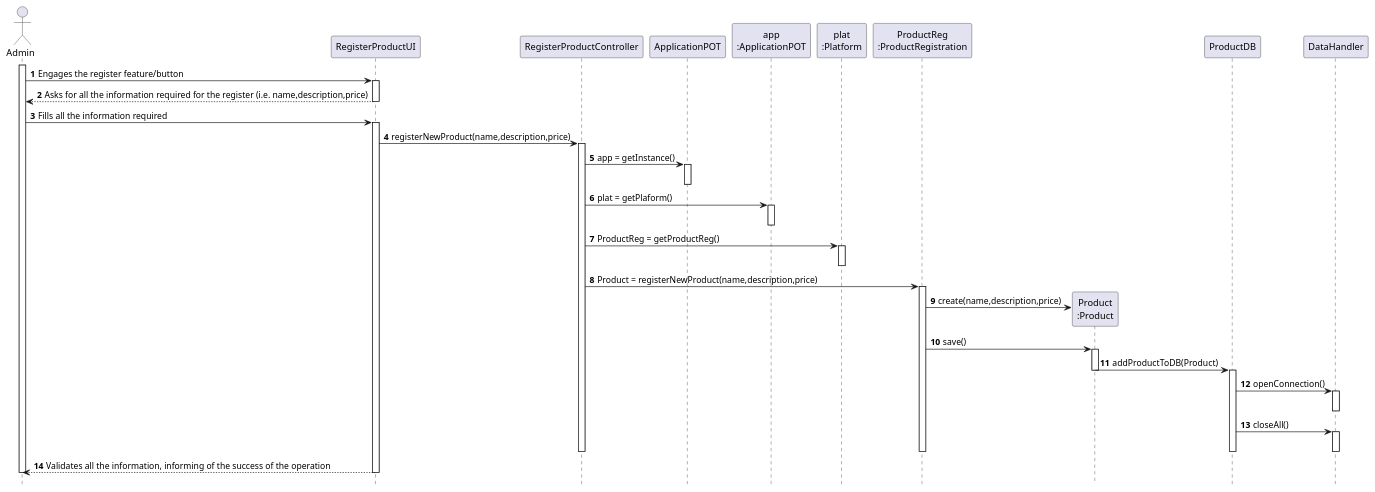
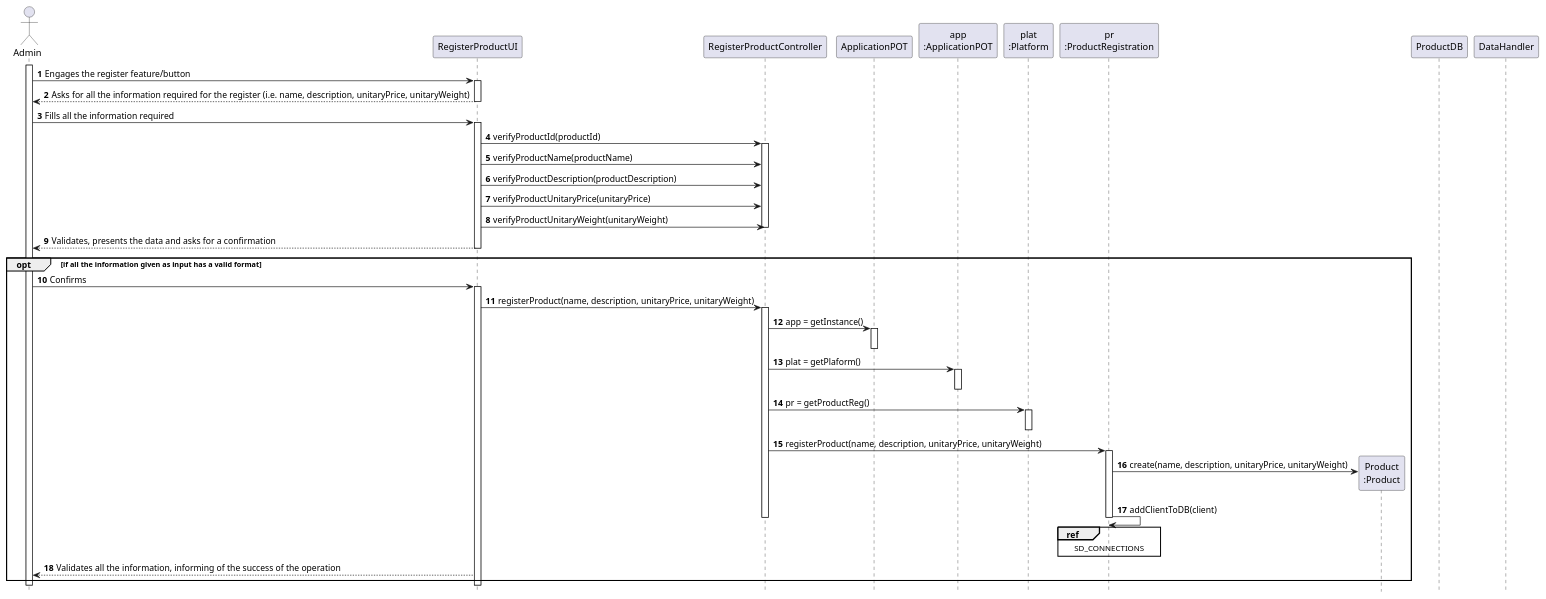
One commit to tiagoavcosta25/LAPR3 changed the diagram in docs/Iteration 1/Product Management/US70_RegisterProduct/US70_SD.puml. Above: the diagram before and after it, drawn with PlantUML. The commit also changed 8 other files, not shown here.

Commit message:
LAPR2AP2-70 #close Product Registration [Code]

```diff
--- a/docs/Iteration 1/Product Management/US70_RegisterProduct/US70_SD.puml
+++ b/docs/Iteration 1/Product Management/US70_RegisterProduct/US70_SD.puml
@@ -1,75 +1,84 @@
 @startuml
 autonumber
 hide footbox
 
 actor "Admin" as U
 
 participant "RegisterProductUI" as UI
 participant "RegisterProductController" as CTRL
 participant "ApplicationPOT" as _APP
 participant "app\n:ApplicationPOT" as APP
 participant "plat\n:Platform" as PLAT
-participant "ProductReg\n:ProductRegistration" as PREG
+participant "pr\n:ProductRegistration" as PREG
 
 participant "Product\n:Product" as PROD
 
 participant "ProductDB" as DB
 participant "DataHandler" as DH
 
 activate U
 
 U -> UI : Engages the register feature/button
 activate UI
 
-UI --> U : Asks for all the information required for the register (i.e. name,description,price)
+UI --> U : Asks for all the information required for the register (i.e. name, description, unitaryPrice, unitaryWeight)
 
 
 deactivate UI
 U -> UI : Fills all the information required
 activate UI
-UI -> CTRL : registerNewProduct(name,description,price)
+
+
+UI -> CTRL : verifyProductId(productId)
+activate CTRL
+UI -> CTRL : verifyProductName(productName)
+UI -> CTRL : verifyProductDescription(productDescription)
+UI -> CTRL : verifyProductUnitaryPrice(unitaryPrice)
+UI -> CTRL : verifyProductUnitaryWeight(unitaryWeight)
+deactivate CTRL
+
+UI --> U : Validates, presents the data and asks for a confirmation
+deactivate UI
+
+opt if all the information given as input has a valid format
+
+
+U -> UI : Confirms
+activate UI
+UI -> CTRL : registerProduct(name, description, unitaryPrice, unitaryWeight)
 activate CTRL
 CTRL -> _APP: app = getInstance()
 activate _APP
 deactivate _APP
 
 CTRL -> APP: plat = getPlaform()
 activate APP
 deactivate APP
-CTRL -> PLAT : ProductReg = getProductReg()
+CTRL -> PLAT : pr = getProductReg()
 activate PLAT
 deactivate PLAT
 
-CTRL -> PREG : Product = registerNewProduct(name,description,price)
+CTRL -> PREG : registerProduct(name, description, unitaryPrice, unitaryWeight)
 activate PREG
 
 
-PREG -> PROD** : create(name,description,price)
+PREG -> PROD** : create(name, description, unitaryPrice, unitaryWeight)
+
+PREG -> PREG : addClientToDB(client)
+ref over PREG
+SD_CONNECTIONS
+end ref
 
 
-
-PREG -> PROD : save()
-
-
-activate PROD
-
-PROD -> DB : addProductToDB(Product)
-deactivate PROD
-activate DB
-DB -> DH : openConnection()
-activate DH
-deactivate DH
-DB -> DH : closeAll()
-activate DH
-deactivate DH
-deactivate DB
 deactivate PREG
 
 
 
 deactivate CTRL
 UI --> U : Validates all the information, informing of the success of the operation
+end opt
 deactivate UI
 deactivate U
 
+
 @enduml
```
